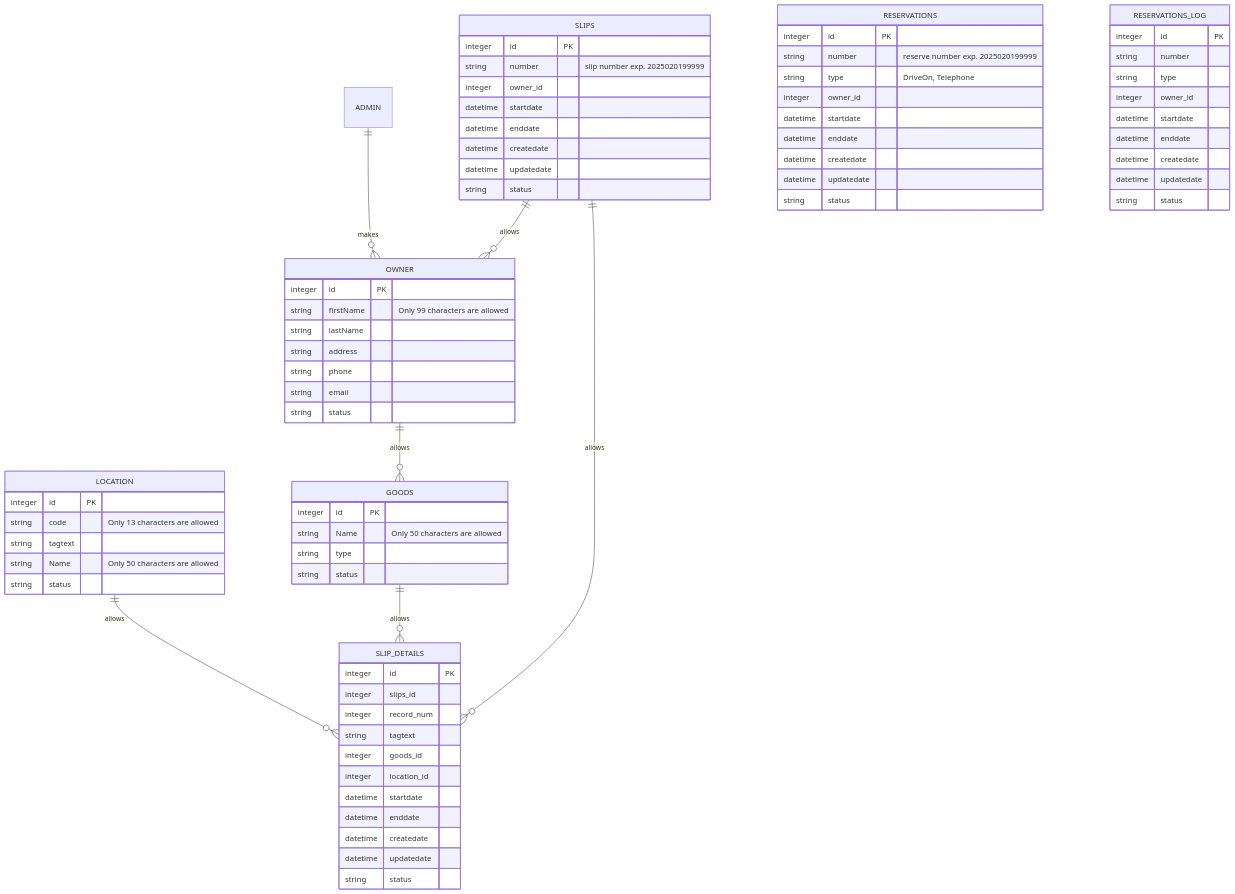
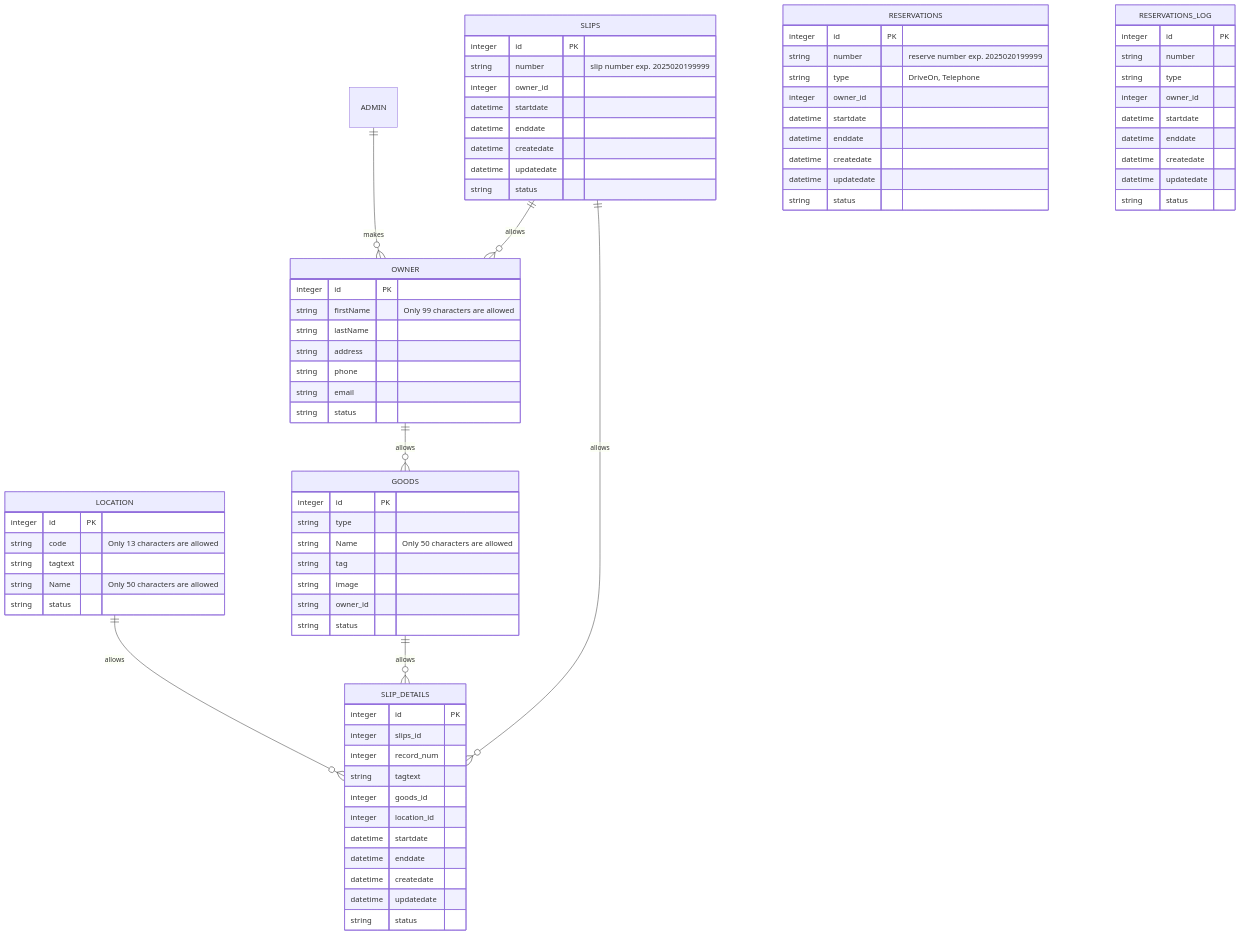
The second of 2 diagrams in README.md (piot-jp-Team/goods_storage), drawn with Mermaid before and after one commit. The commit also changed other lines of this file, not shown here.

```diff
--- a/README.md
+++ b/README.md
@@ -120,8 +121,11 @@
 
     GOODS {
         integer id PK
+        string type
         string Name "Only 50 characters are allowed"
-        string type
+        string tag 
+        string image
+        string owner_id
         string status
     }
   
```
